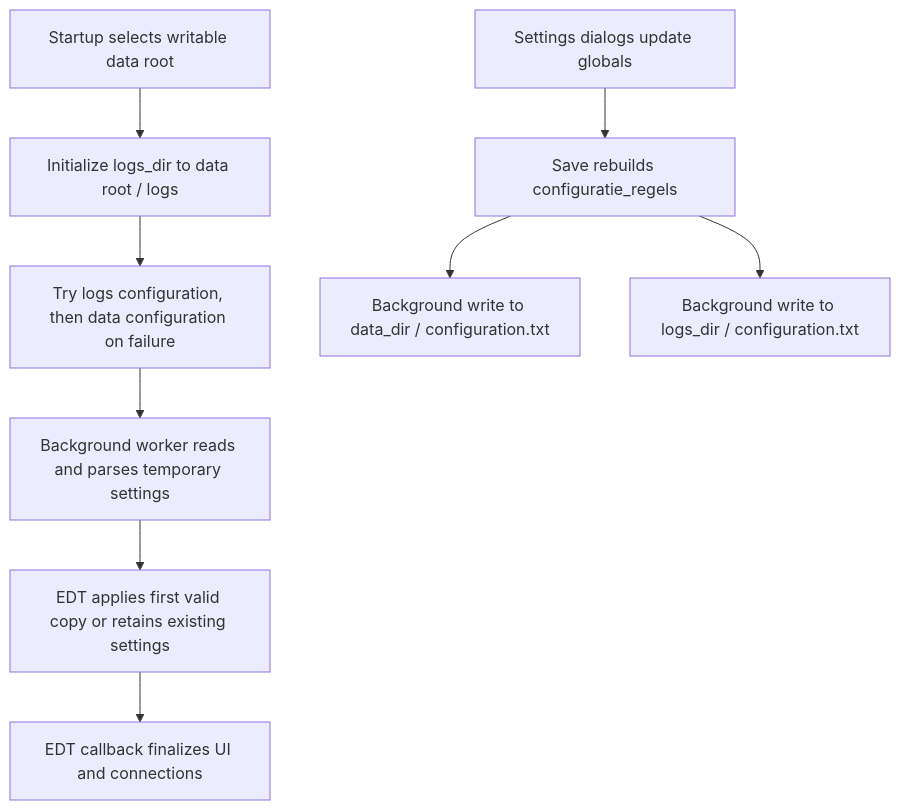
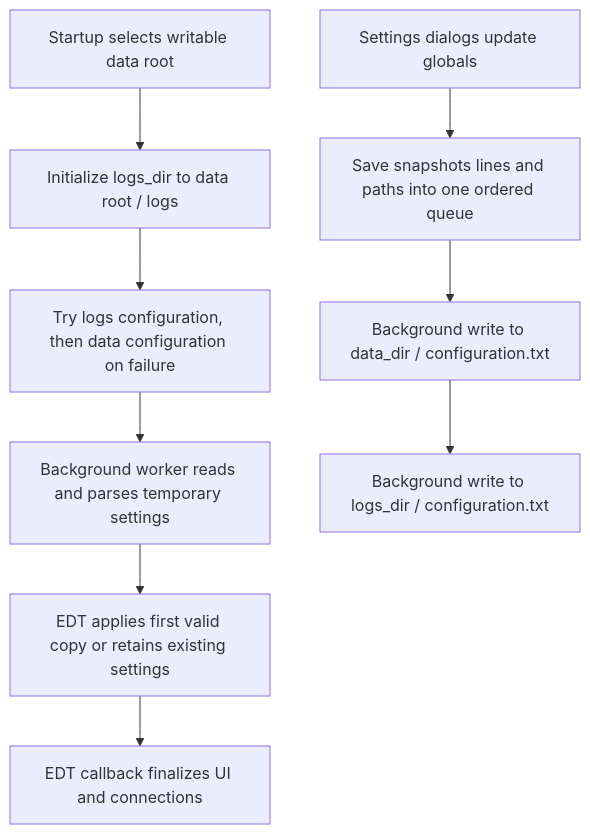
The diagram in documentation/configuration_persistence.md (DeutscherWetterdienst/turbowin), drawn with Mermaid before and after one commit. The commit also changed other lines of this file and 4 other files, not shown here.

````diff
--- a/documentation/configuration_persistence.md
+++ b/documentation/configuration_persistence.md
@@ -19,11 +19,11 @@
 ```mermaid
 flowchart TD
     A[Startup selects writable data root] --> B[Initialize logs_dir to data root / logs]
     B --> C[Try logs configuration, then data configuration on failure]
     C --> D[Background worker reads and parses temporary settings]
     D --> E[EDT applies first valid copy or retains existing settings]
     E --> F[EDT callback finalizes UI and connections]
-    G[Settings dialogs update globals] --> H[Save rebuilds configuratie_regels]
+    G[Settings dialogs update globals] --> H[Save snapshots lines and paths into one ordered queue]
     H --> I[Background write to data_dir / configuration.txt]
-    H --> J[Background write to logs_dir / configuration.txt]
+    I --> J[Background write to logs_dir / configuration.txt]
 ```
````
